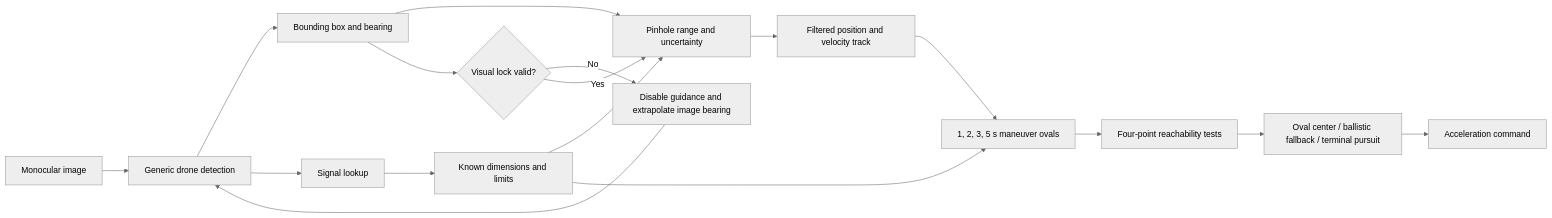
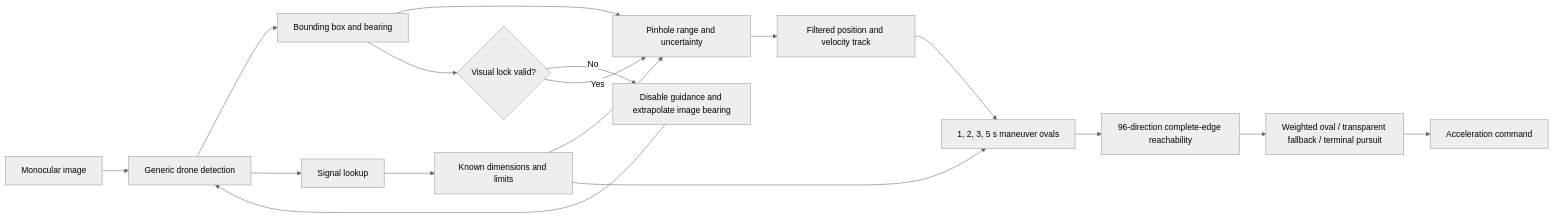
One commit to zeros1u/zenith changed the diagram in README.md. Above: the diagram before and after it, drawn with Mermaid (neutral theme). The commit also changed other lines of this file and 22 other files, not shown here.

````diff
--- a/README.md
+++ b/README.md
@@ -93,19 +104,19 @@
 ```mermaid
 flowchart LR
     A[Monocular image] --> B[Generic drone detection]
     B --> C[Bounding box and bearing]
     B --> D[Signal lookup]
     D --> E[Known dimensions and limits]
     C --> F[Pinhole range and uncertainty]
     E --> F
     F --> G[Filtered position and velocity track]
     C --> L{Visual lock valid?}
     L -- No --> M[Disable guidance and extrapolate image bearing]
     M --> B
     L -- Yes --> F
     E --> H[1, 2, 3, 5 s maneuver ovals]
     G --> H
-    H --> I[Four-point reachability tests]
-    I --> J[Oval center / ballistic fallback / terminal pursuit]
+    H --> I[96-direction complete-edge reachability]
+    I --> J[Weighted oval / transparent fallback / terminal pursuit]
     J --> K[Acceleration command]
 ```
````
